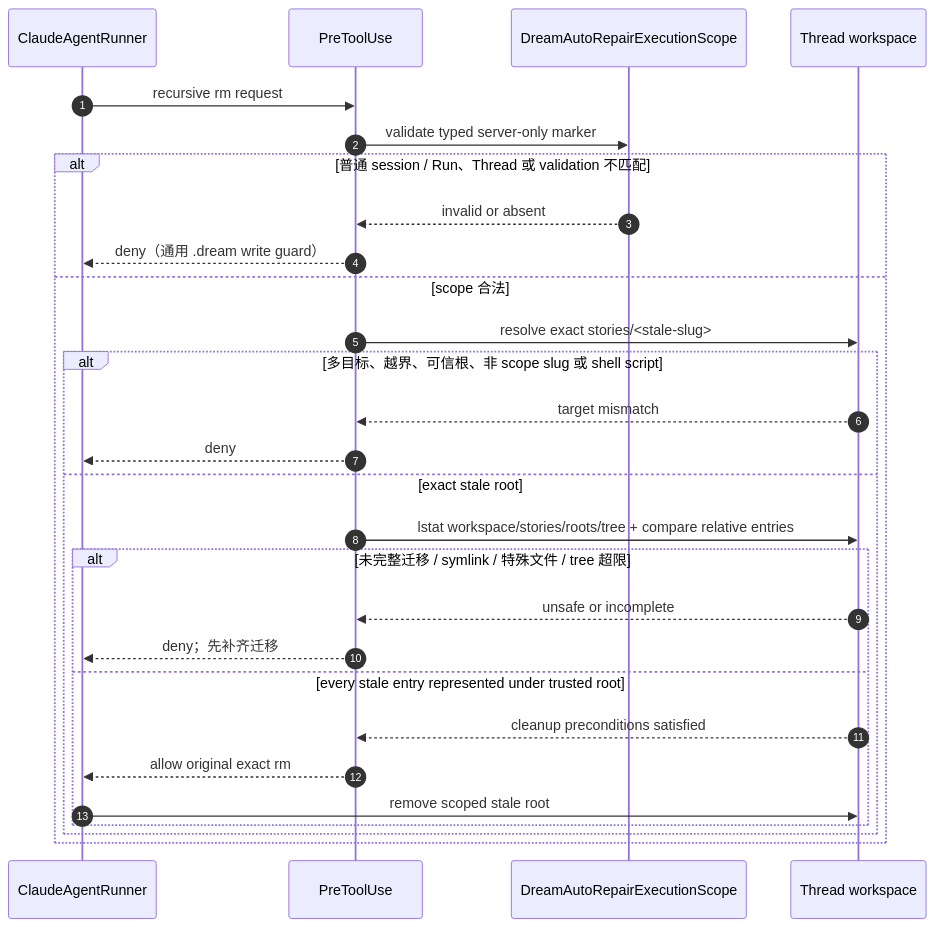
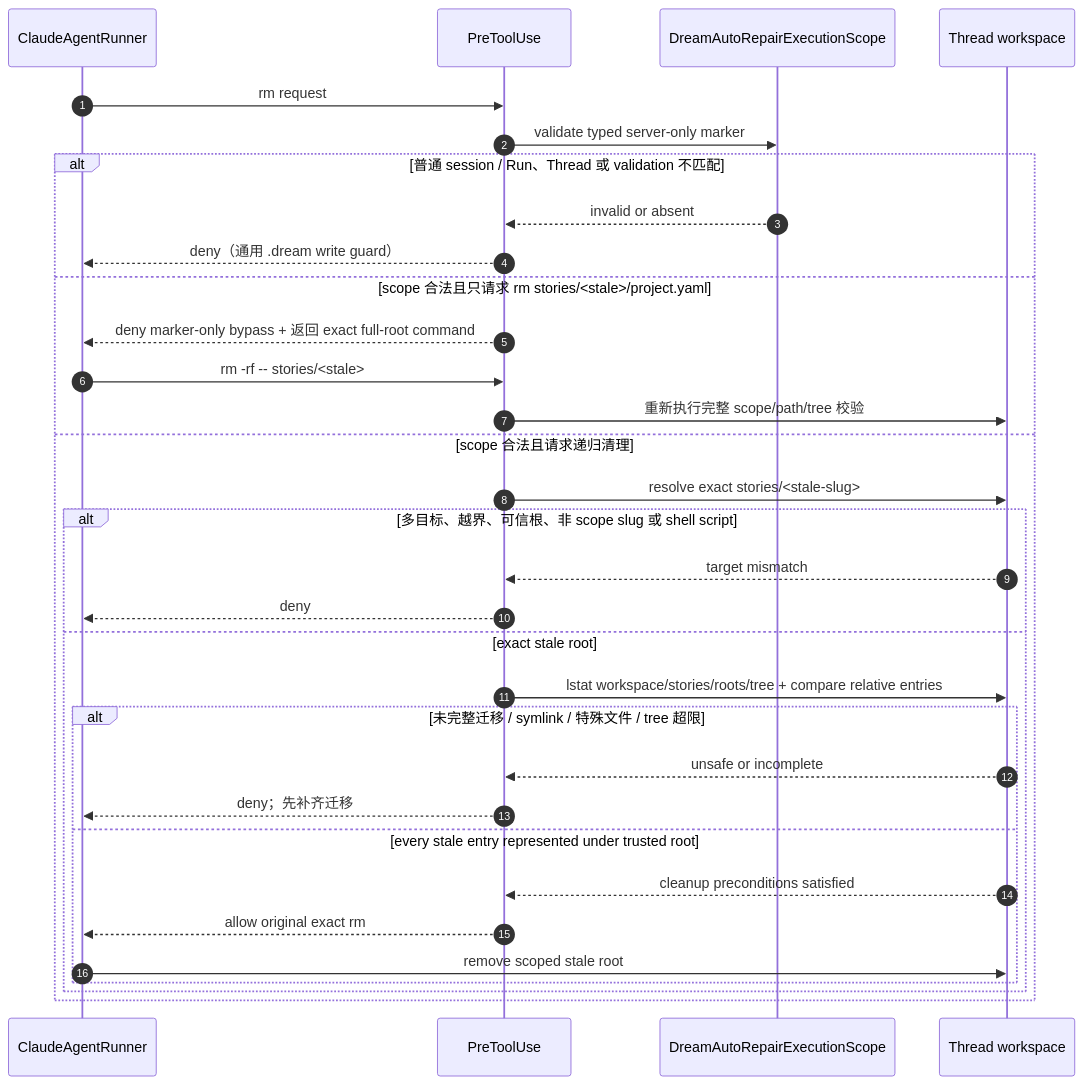
The third of 5 diagrams in docs/design/claude-agent/dream-workbench-auto-repair-sequence.md (glide-the/im-dream), drawn with Mermaid before and after one commit. The commit also changed other lines of this file and 8 other files, not shown here.

````diff
--- a/docs/design/claude-agent/dream-workbench-auto-repair-sequence.md
+++ b/docs/design/claude-agent/dream-workbench-auto-repair-sequence.md
@@ -138,31 +139,35 @@
 ```mermaid
 sequenceDiagram
     autonumber
     participant Claude as ClaudeAgentRunner
     participant Guard as PreToolUse
     participant Scope as DreamAutoRepairExecutionScope
     participant WS as Thread workspace
 
-    Claude->>Guard: recursive rm request
+    Claude->>Guard: rm request
     Guard->>Scope: validate typed server-only marker
     alt 普通 session / Run、Thread 或 validation 不匹配
         Scope-->>Guard: invalid or absent
         Guard-->>Claude: deny（通用 .dream write guard）
-    else scope 合法
+    else scope 合法且只请求 rm stories/<stale>/project.yaml
+        Guard-->>Claude: deny marker-only bypass + 返回 exact full-root command
+        Claude->>Guard: rm -rf -- stories/<stale>
+        Guard->>WS: 重新执行完整 scope/path/tree 校验
+    else scope 合法且请求递归清理
         Guard->>WS: resolve exact stories/<stale-slug>
         alt 多目标、越界、可信根、非 scope slug 或 shell script
             WS-->>Guard: target mismatch
             Guard-->>Claude: deny
         else exact stale root
             Guard->>WS: lstat workspace/stories/roots/tree + compare relative entries
             alt 未完整迁移 / symlink / 特殊文件 / tree 超限
                 WS-->>Guard: unsafe or incomplete
                 Guard-->>Claude: deny；先补齐迁移
             else every stale entry represented under trusted root
                 WS-->>Guard: cleanup preconditions satisfied
                 Guard-->>Claude: allow original exact rm
                 Claude->>WS: remove scoped stale root
             end
         end
     end
 ```
````
